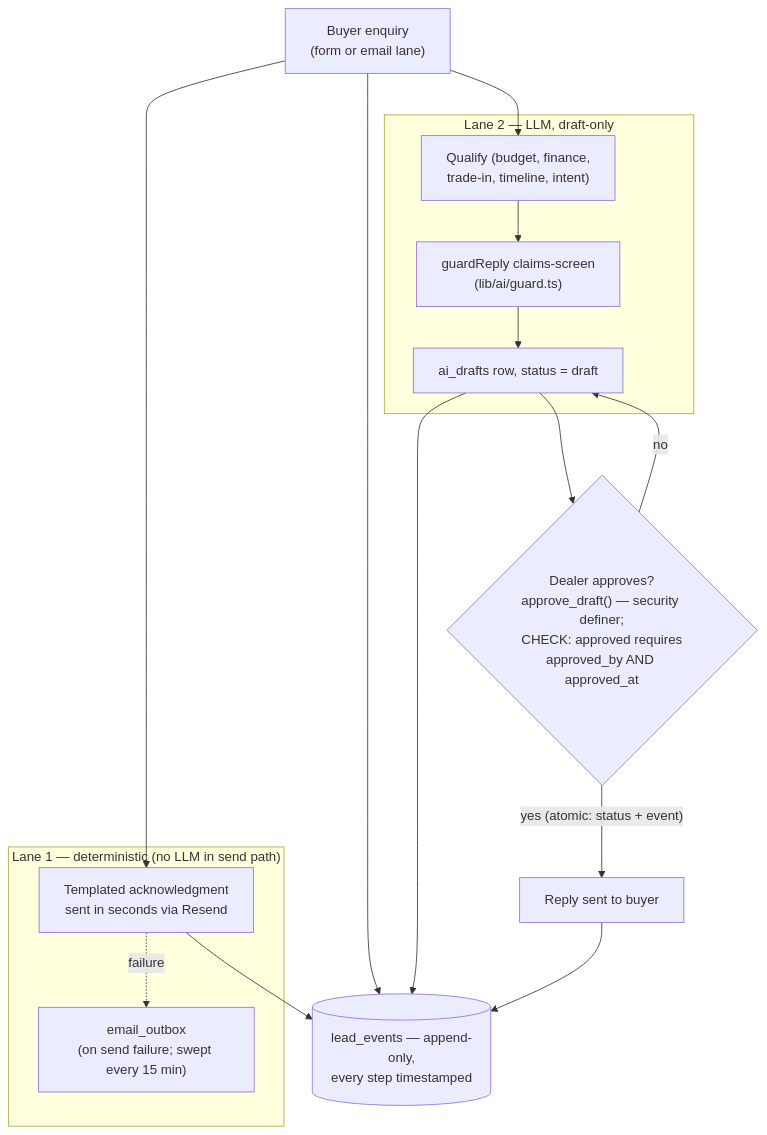
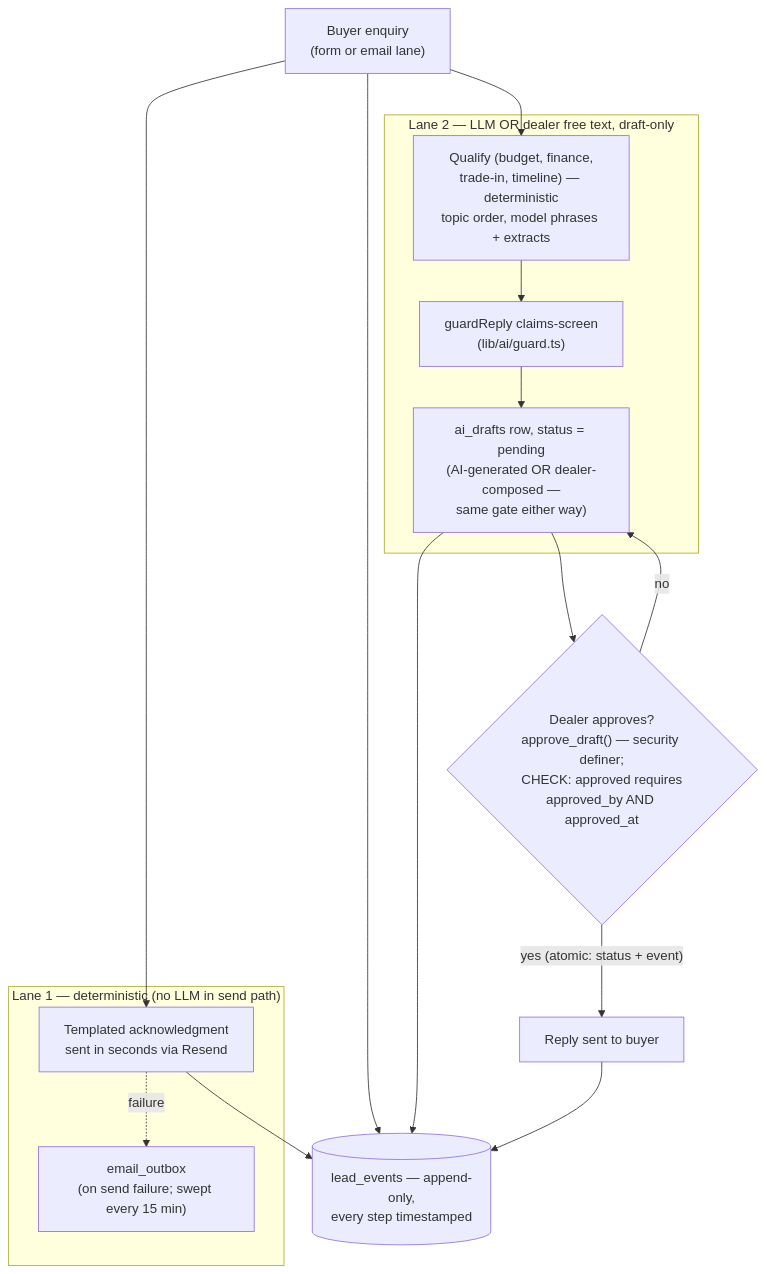
One commit to inspiro-nz/usedcarsnz changed the second of 4 diagrams in docs/architecture.md. Above: the diagram before and after it, drawn with Mermaid. The commit also changed other lines of this file and 33 other files, not shown here.

````diff
--- a/docs/architecture.md
+++ b/docs/architecture.md
@@ -72,29 +78,29 @@
 ```mermaid
 flowchart TB
     E["Buyer enquiry<br/>(form or email lane)"]
 
     subgraph L1["Lane 1 — deterministic (no LLM in send path)"]
         ACK["Templated acknowledgment<br/>sent in seconds via Resend"]
         OB["email_outbox<br/>(on send failure; swept every 15 min)"]
     end
 
-    subgraph L2["Lane 2 — LLM, draft-only"]
-        Q["Qualify (budget, finance,<br/>trade-in, timeline, intent)"]
+    subgraph L2["Lane 2 — LLM OR dealer free text, draft-only"]
+        Q["Qualify (budget, finance,<br/>trade-in, timeline) — deterministic<br/>topic order, model phrases + extracts"]
         G["guardReply claims-screen<br/>(lib/ai/guard.ts)"]
-        D["ai_drafts row, status = draft"]
+        D["ai_drafts row, status = pending<br/>(AI-generated OR dealer-composed —<br/>same gate either way)"]
     end
 
     GATE{"Dealer approves?<br/>approve_draft() — security definer;<br/>CHECK: approved requires<br/>approved_by AND approved_at"}
     SEND["Reply sent to buyer"]
     LOG[("lead_events — append-only,<br/>every step timestamped")]
 
     E --> ACK
     ACK -.->|failure| OB
     E --> Q --> G --> D --> GATE
     GATE -->|"yes (atomic: status + event)"| SEND
     GATE -->|no| D
     E --> LOG
     ACK --> LOG
     D --> LOG
     SEND --> LOG
 ```
````
